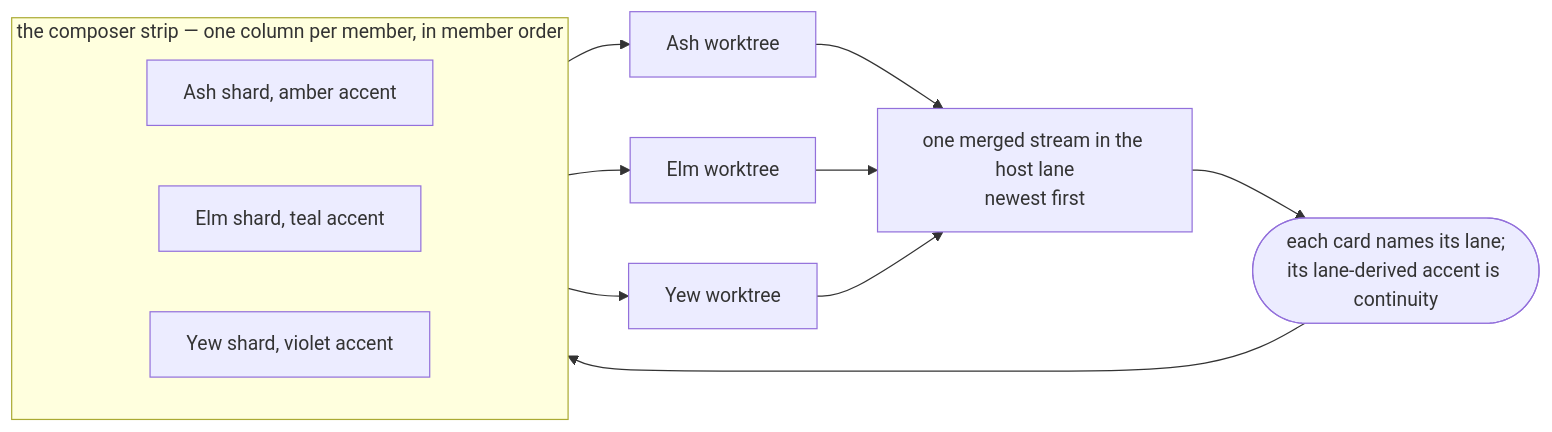
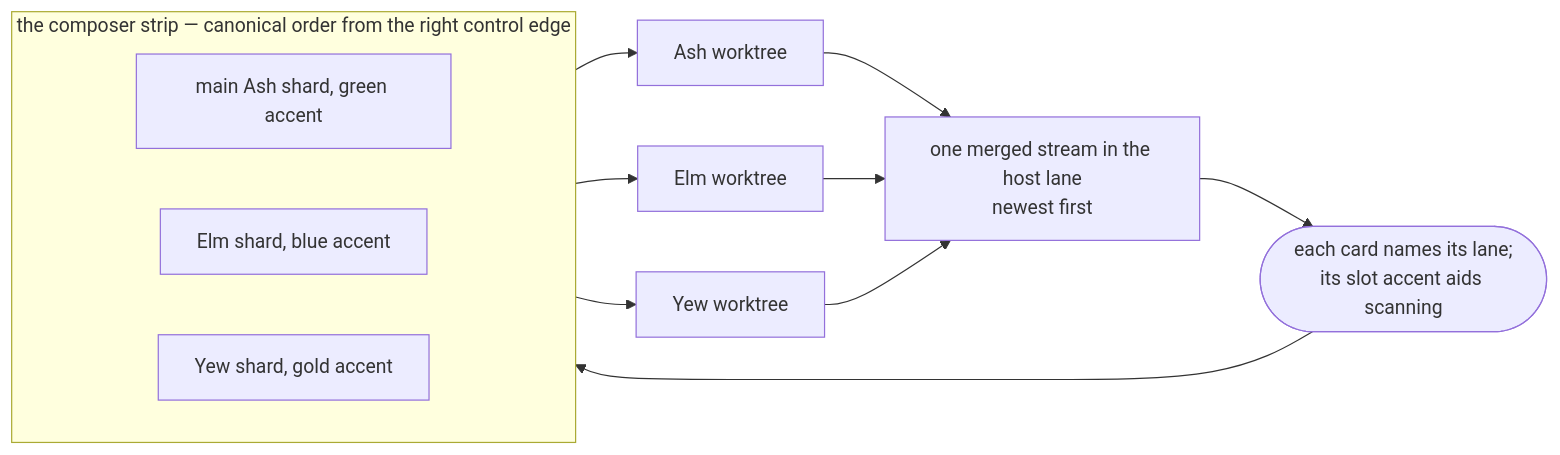
One commit to infimalabs/spice-rust changed diagram 16 of 23 in docs/product/value.md. Above: the diagram before and after it, drawn with Mermaid. The commit also changed other lines of this file and 10 other files, not shown here.

Commit message:
Align main agent presentation order

````diff
--- a/docs/product/value.md
+++ b/docs/product/value.md
@@ -437,17 +438,17 @@
 ```mermaid
 flowchart LR
-  subgraph STRIP["the composer strip — one column per member, in member order"]
-    direction LR
-    AshShard["Ash shard, amber accent"]
-    ElmShard["Elm shard, teal accent"]
-    YewShard["Yew shard, violet accent"]
+  subgraph STRIP["the composer strip — canonical order from the right control edge"]
+    direction RL
+    AshShard["main Ash shard, green accent"]
+    ElmShard["Elm shard, blue accent"]
+    YewShard["Yew shard, gold accent"]
   end
   AshShard --> AshWorktree["Ash worktree"]
   ElmShard --> ElmWorktree["Elm worktree"]
   YewShard --> YewWorktree["Yew worktree"]
   AshWorktree --> M["one merged stream in the host lane<br/>newest first"]
   ElmWorktree --> M
   YewWorktree --> M
-  M --> A(["each card names its lane;<br/>its lane-derived accent is continuity"])
+  M --> A(["each card names its lane;<br/>its slot accent aids scanning"])
   A --> STRIP
 ```
````
